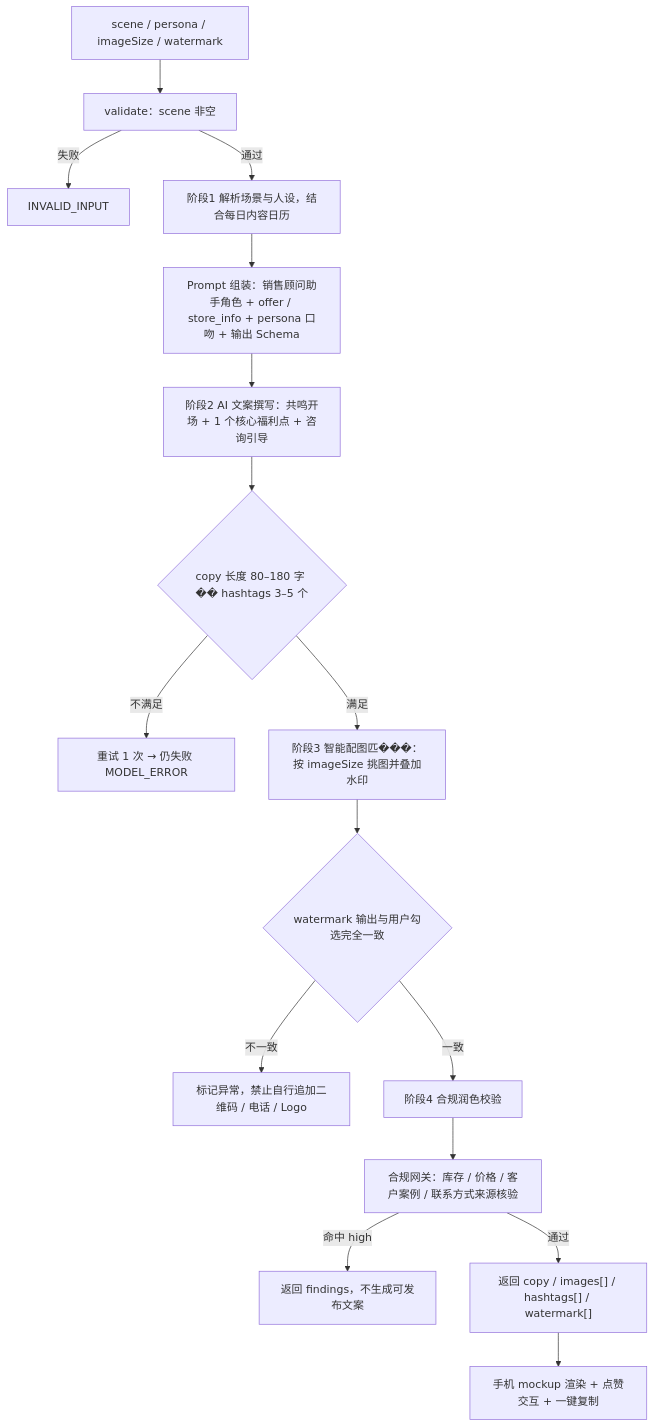
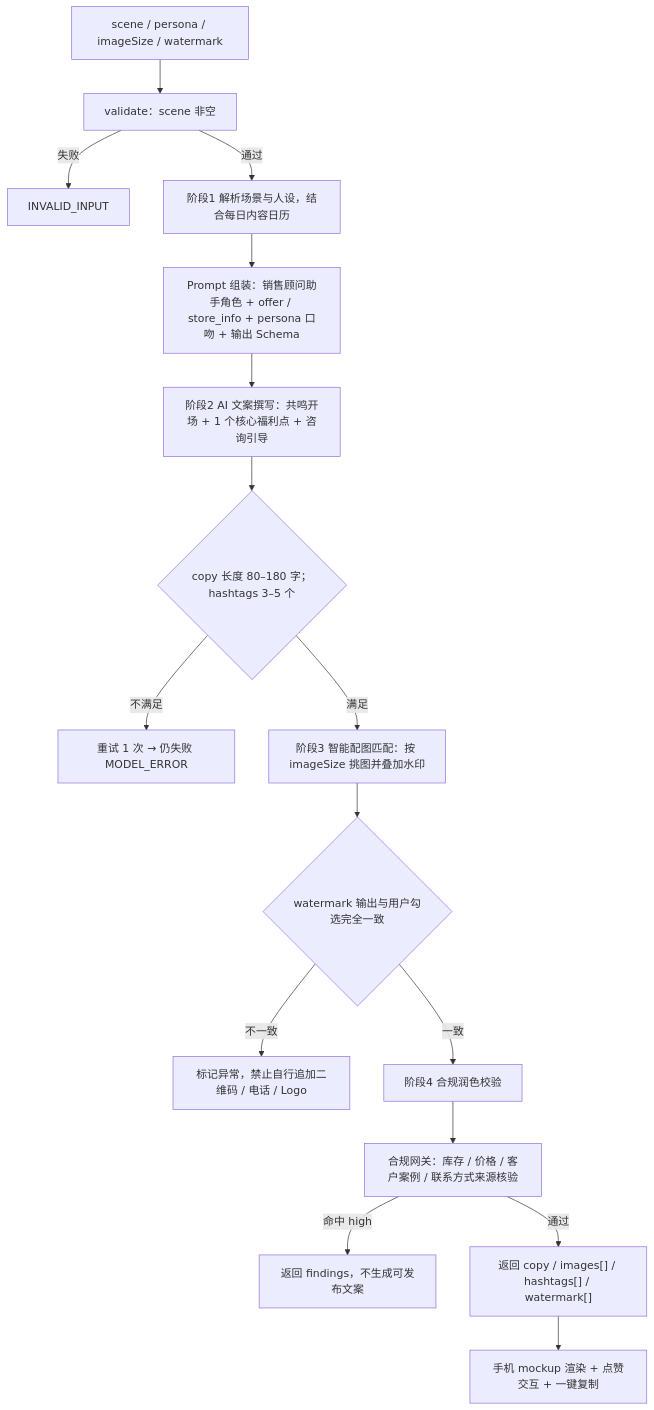
One commit to yangyang0723-ai/autoaigc changed the fifth of 5 diagrams in docs/车智绘AutoAIGC-PRD-v2.0.md. Above: the diagram before and after it, drawn with Mermaid. The commit also changed other lines of this file and 2 other files, not shown here.

````diff
--- a/docs/车智绘AutoAIGC-PRD-v2.0.md
+++ b/docs/车智绘AutoAIGC-PRD-v2.0.md
@@ -898,18 +898,18 @@
 ```mermaid
 flowchart TD
   A[scene / persona / imageSize / watermark] --> B["validate：scene 非空"]
   B -- 失败 --> B1[INVALID_INPUT]
   B -- 通过 --> C[阶段1 解析场景与人设，结合每日内容日历]
   C --> D["Prompt 组装：销售顾问助手角色 + offer / store_info + persona 口吻 + 输出 Schema"]
   D --> E[阶段2 AI 文案撰写：共鸣开场 + 1 个核心福利点 + 咨询引导]
-  E --> F{"copy 长度 80–180 字 �� hashtags 3–5 个"}
+  E --> F{"copy 长度 80–180 字；hashtags 3–5 个"}
   F -- 不满足 --> F1[重试 1 次 → 仍失败 MODEL_ERROR]
-  F -- 满足 --> G[阶段3 智能配图匹���：按 imageSize 挑图并叠加水印]
+  F -- 满足 --> G[阶段3 智能配图匹配：按 imageSize 挑图并叠加水印]
   G --> H{"watermark 输出与用户勾选完全一致"}
   H -- 不一致 --> H1[标记异常，禁止自行追加二维码 / 电话 / Logo]
   H -- 一致 --> I[阶段4 合规润色校验]
   I --> J[合规网关：库存 / 价格 / 客户案例 / 联系方式来源核验]
   J -- 命中 high --> J1["返回 findings，不生成可发布文案"]
   J -- 通过 --> K["返回 copy / images[] / hashtags[] / watermark[]"]
   K --> L[手机 mockup 渲染 + 点赞交互 + 一键复制]
 ```
````
